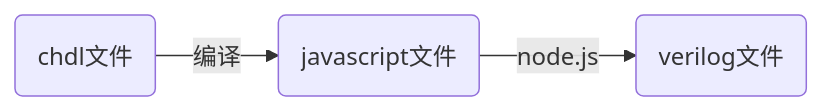
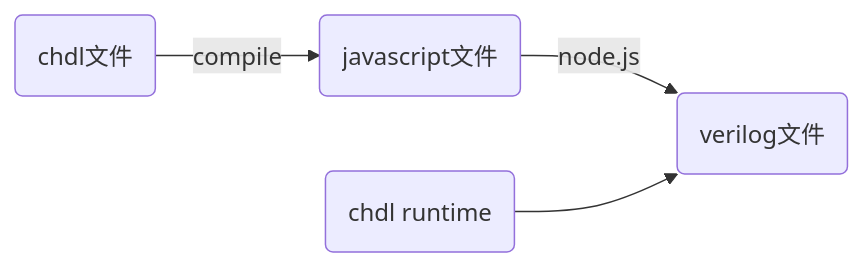
Before and after one commit to wujun51227/coffee-hdl: the first of 7 diagrams in doc/slide/slides.md, drawn with Mermaid. The commit also changed other lines of this file and 2 other files, not shown here.

```diff
--- a/doc/slide/slides.md
+++ b/doc/slide/slides.md
@@ -34,4 +37,5 @@
-<div class="mermaid">
+<div class="mermaid" style="transform:scale(0.7);">
   graph LR
-  A(chdl文件) -->|编译|B( javascript文件) -->|node.js| D(verilog文件)
+  A(chdl文件) -->|compile|B( javascript文件) -->|node.js| D(verilog文件)
+  E(chdl runtime) --> D
 </div>
```
